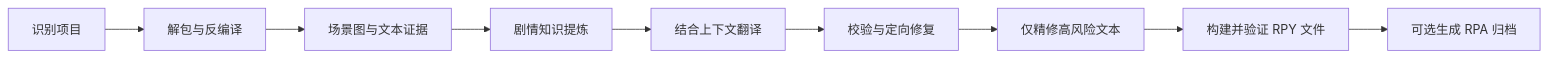
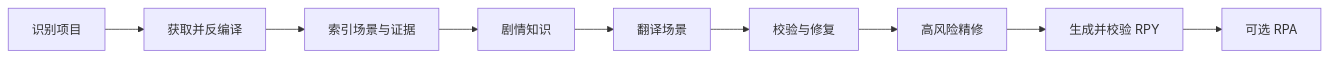
One commit to Mehael-Yeh/RenWeave changed the diagram in docs/README.zh-CN.md. Above: the diagram before and after it, drawn with Mermaid. The commit also changed other lines of this file and 1 other file, not shown here.

````diff
--- a/docs/README.zh-CN.md
+++ b/docs/README.zh-CN.md
@@ -142,11 +191,11 @@
 ```mermaid
 flowchart LR
-    A[识别项目] --> B[解包与反编译]
-    B --> C[场景图与文本证据]
-    C --> D[剧情知识提炼]
-    D --> E[结合上下文翻译]
-    E --> F[校验与定向修复]
-    F --> G[仅精修高风险文本]
-    G --> H[构建并验证 RPY 文件]
-    H --> I[可选生成 RPA 归档]
+    A[识别项目] --> B[获取并反编译]
+    B --> C[索引场景与证据]
+    C --> D[剧情知识]
+    D --> E[翻译场景]
+    E --> F[校验与修复]
+    F --> G[高风险精修]
+    G --> H[生成并校验 RPY]
+    H --> I[可选 RPA]
 ```
````
